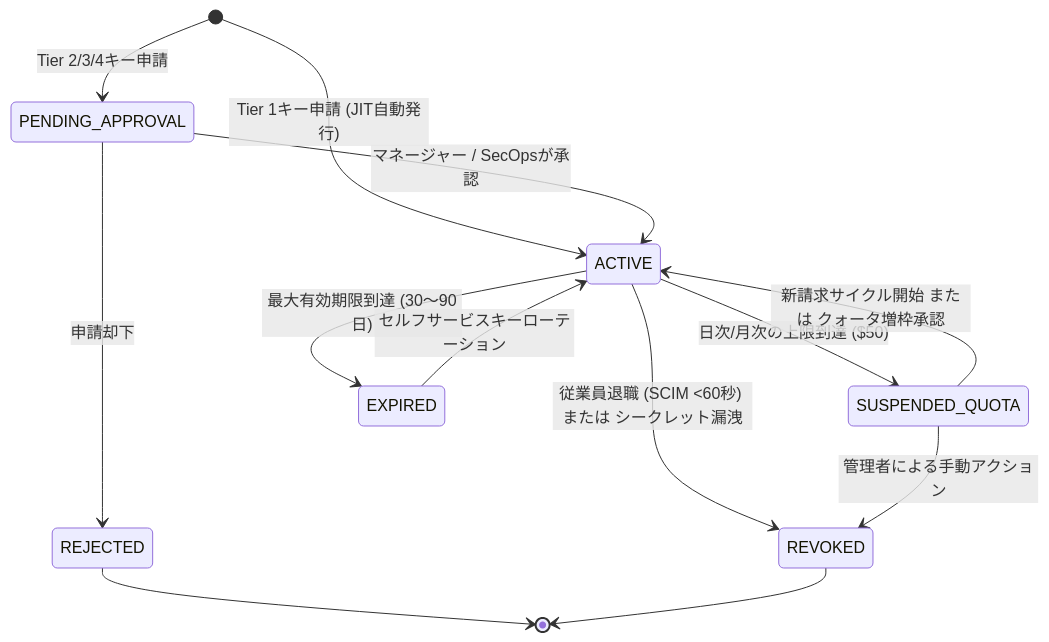
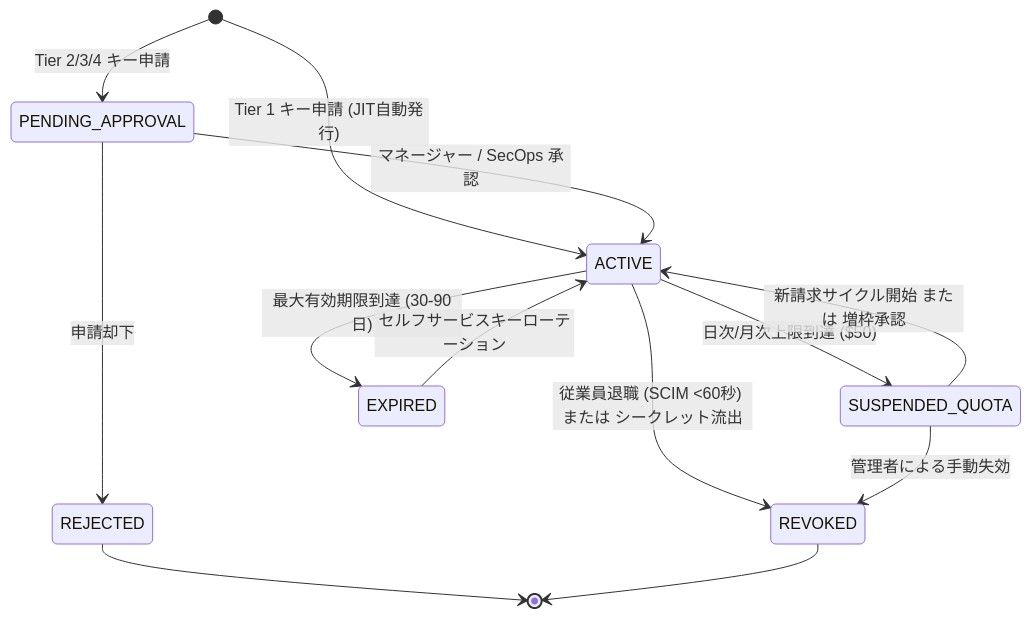
The second of 3 diagrams in REQUIREMENTS_JA.md (minddrop/llm-gateway), drawn with Mermaid before and after one commit. The commit also changed other lines of this file, not shown here.

````diff
--- a/REQUIREMENTS_JA.md
+++ b/REQUIREMENTS_JA.md
@@ -162,15 +137,15 @@
 ```mermaid
 stateDiagram-v2
-    [*] --> PENDING_APPROVAL: Tier 2/3/4キー申請
-    [*] --> ACTIVE: Tier 1キー申請 (JIT自動発行)
-    PENDING_APPROVAL --> ACTIVE: マネージャー / SecOpsが承認
+    [*] --> PENDING_APPROVAL: Tier 2/3/4 キー申請
+    [*] --> ACTIVE: Tier 1 キー申請 (JIT自動発行)
+    PENDING_APPROVAL --> ACTIVE: マネージャー / SecOps 承認
     PENDING_APPROVAL --> REJECTED: 申請却下
-    ACTIVE --> SUSPENDED_QUOTA: 日次/月次の上限到達 ($50)
-    SUSPENDED_QUOTA --> ACTIVE: 新請求サイクル開始 または クォータ増枠承認
-    ACTIVE --> EXPIRED: 最大有効期限到達 (30〜90日)
+    ACTIVE --> SUSPENDED_QUOTA: 日次/月次上限到達 ($50)
+    SUSPENDED_QUOTA --> ACTIVE: 新請求サイクル開始 または 増枠承認
+    ACTIVE --> EXPIRED: 最大有効期限到達 (30-90日)
     EXPIRED --> ACTIVE: セルフサービスキーローテーション
-    ACTIVE --> REVOKED: 従業員退職 (SCIM <60秒) または シークレット漏洩
-    SUSPENDED_QUOTA --> REVOKED: 管理者による手動アクション
+    ACTIVE --> REVOKED: 従業員退職 (SCIM <60秒) または シークレット流出
+    SUSPENDED_QUOTA --> REVOKED: 管理者による手動失効
     REJECTED --> [*]
     REVOKED --> [*]
 ```
````
